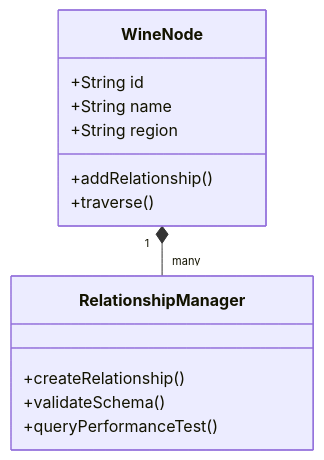
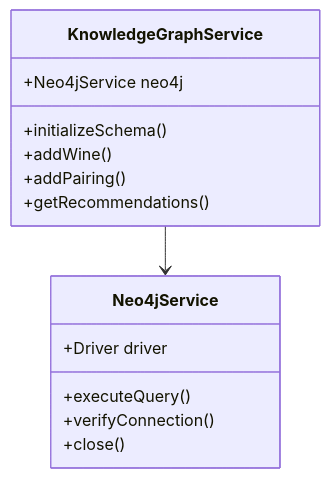
One commit to geoffsweeney/wine-recommender changed the second of 3 diagrams in memory-bank/progress.md. Above: the diagram before and after it, drawn with Mermaid. The commit also changed other lines of this file and 6 other files, not shown here.

Commit message:
feat(knowledge-graph): implement Neo4j integration with services and documentation

````diff
--- a/memory-bank/progress.md
+++ b/memory-bank/progress.md
@@ -52,18 +52,19 @@
 ```mermaid
 classDiagram
-    class WineNode {
-        +String id
-        +String name
-        +String region
-        +addRelationship()
-        +traverse()
+    class Neo4jService {
+        +Driver driver
+        +executeQuery()
+        +verifyConnection()
+        +close()
     }
     
-    class RelationshipManager {
-        +createRelationship()
-        +validateSchema()
-        +queryPerformanceTest()
+    class KnowledgeGraphService {
+        +Neo4jService neo4j
+        +initializeSchema()
+        +addWine()
+        +addPairing()
+        +getRecommendations()
     }
     
-    WineNode "1" *-- "many" RelationshipManager
+    KnowledgeGraphService --> Neo4jService
 ```
````
